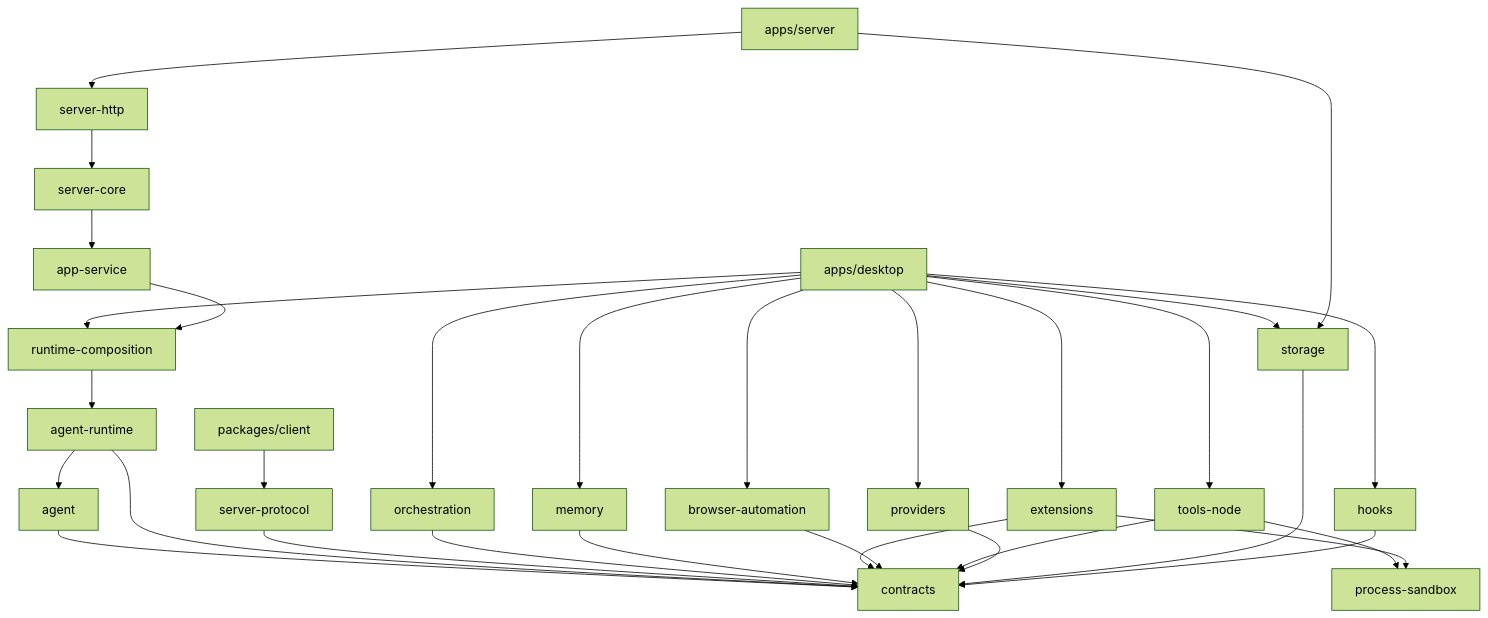
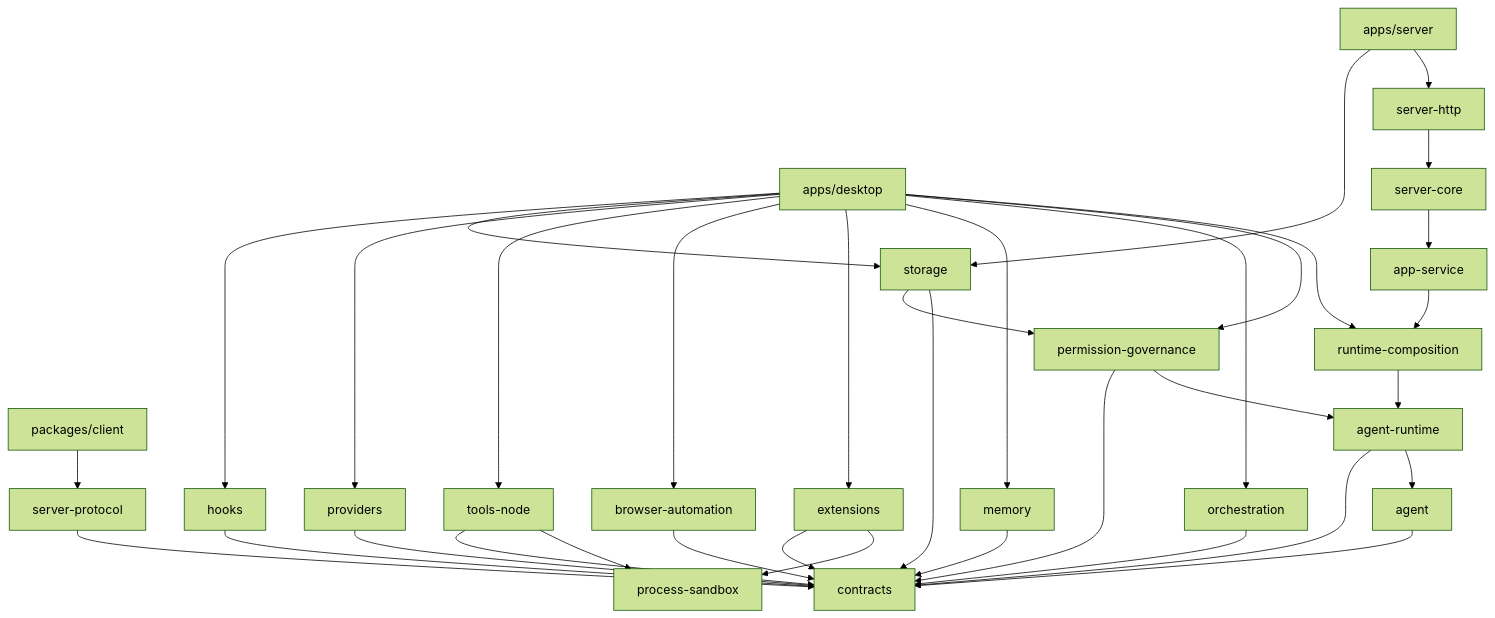
Before and after one commit to zxt6991-source/jojo-agent: the diagram in docs/technical-implementation/README.md, drawn with Mermaid (forest theme). The commit also changed other lines of this file and 48 other files, not shown here.

Commit message:
引入统一、可审计、可扩展的 Permission Governance

````diff
--- a/docs/technical-implementation/README.md
+++ b/docs/technical-implementation/README.md
@@ -41,33 +42,37 @@
 ```mermaid
 flowchart TB
     Client["packages/client"] --> Protocol["server-protocol"]
     Desktop["apps/desktop"] --> Composition["runtime-composition"]
+    Desktop --> Governance["permission-governance"]
     Server["apps/server"] --> Http["server-http"]
     Http --> Core["server-core"]
     Core --> App["app-service"]
     App --> Composition
     Composition --> Runtime["agent-runtime"]
+    Governance --> Runtime
     Runtime --> Agent["agent"]
     Desktop --> Orchestration["orchestration"]
     Desktop --> Memory["memory"]
     Desktop --> Extensions["extensions"]
     Desktop --> Browser["browser-automation"]
     Desktop --> Tools["tools-node"]
     Tools --> Sandbox["process-sandbox"]
     Extensions --> Sandbox
     Desktop --> Providers["providers"]
     Desktop --> Storage["storage"]
     Desktop --> Hooks["hooks"]
     Server --> Storage
     Agent --> Contracts["contracts"]
     Runtime --> Contracts
     Protocol --> Contracts
     Orchestration --> Contracts
     Memory --> Contracts
     Extensions --> Contracts
     Browser --> Contracts
     Tools --> Contracts
     Providers --> Contracts
     Storage --> Contracts
+    Governance --> Contracts
+    Storage --> Governance
     Hooks --> Contracts
 ```
````
